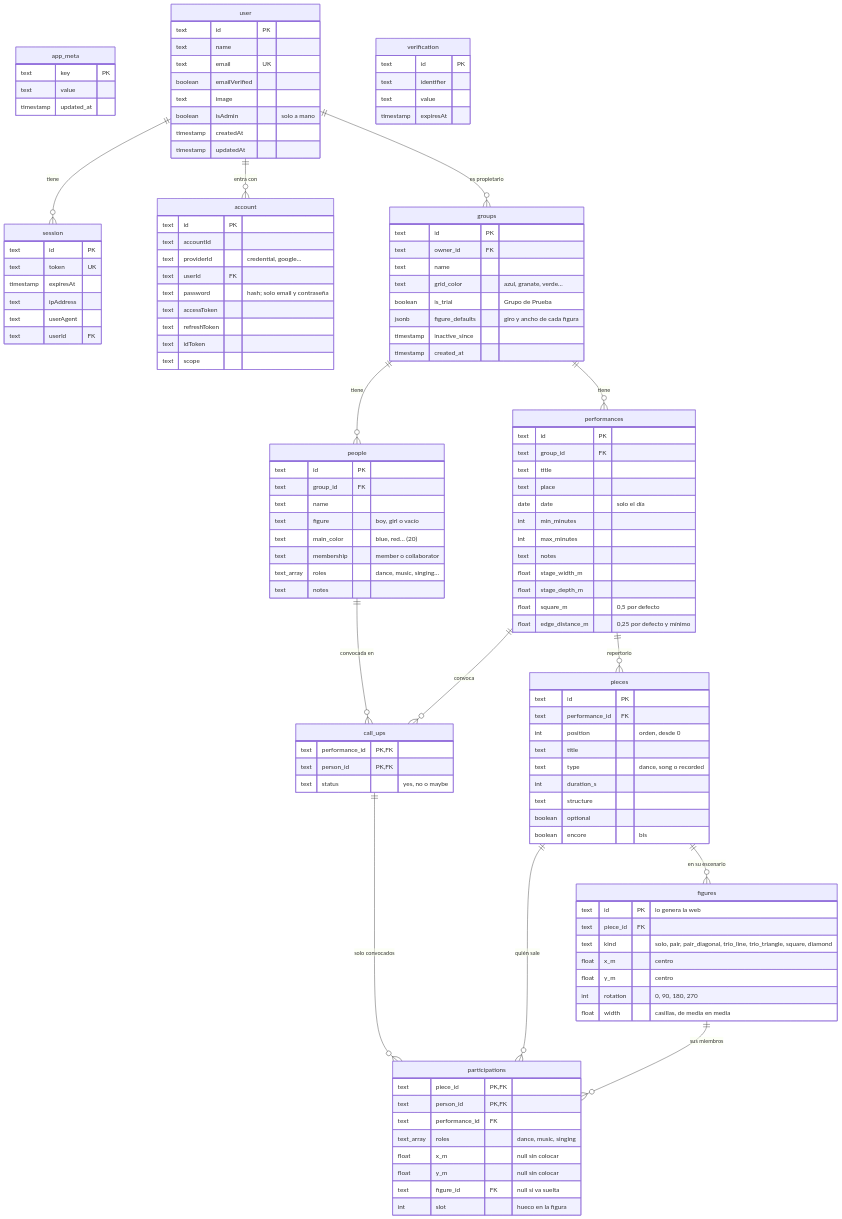
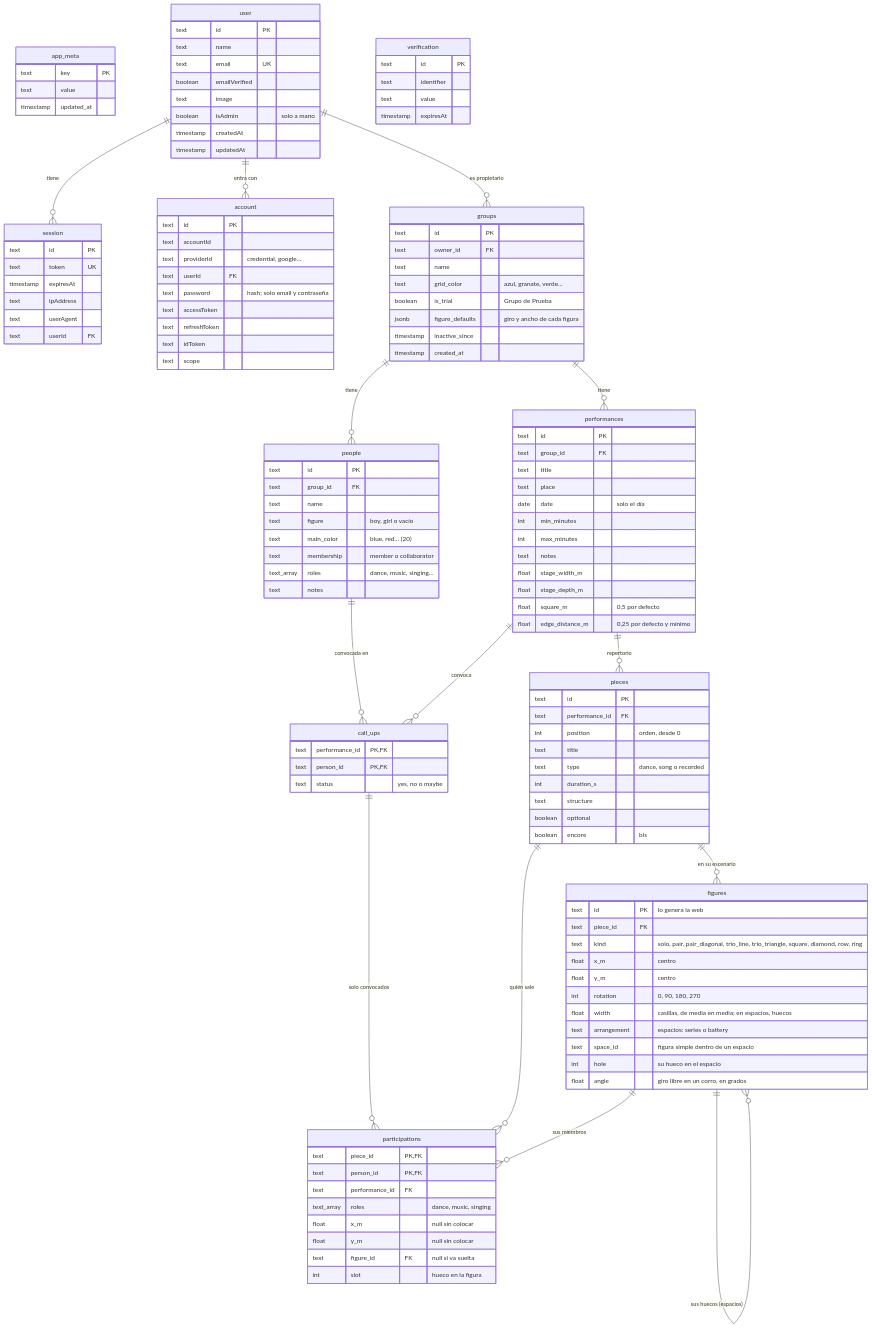
The first of 2 diagrams in documentation/database.md (juananmgz/cuadrocorrocalle), drawn with Mermaid before and after one commit. The commit also changed other lines of this file and 9 other files, not shown here.

```diff
--- a/documentation/database.md
+++ b/documentation/database.md
@@ -132,14 +133,19 @@
   }
   pieces ||--o{ figures : "en su escenario"
   figures ||--o{ participations : "sus miembros"
+  figures ||--o{ figures : "sus huecos (espacios)"
   figures {
     text id PK "lo genera la web"
     text piece_id FK
-    text kind "solo, pair, pair_diagonal, trio_line, trio_triangle, square, diamond"
+    text kind "solo, pair, pair_diagonal, trio_line, trio_triangle, square, diamond, row, ring"
     float x_m "centro"
     float y_m "centro"
     int rotation "0, 90, 180, 270"
-    float width "casillas, de media en media"
+    float width "casillas, de media en media; en espacios, huecos"
+    text arrangement "espacios: series o battery"
+    text space_id "figura simple dentro de un espacio"
+    int hole "su hueco en el espacio"
+    float angle "giro libre en un corro, en grados"
   }
   verification {
     text id PK
```
